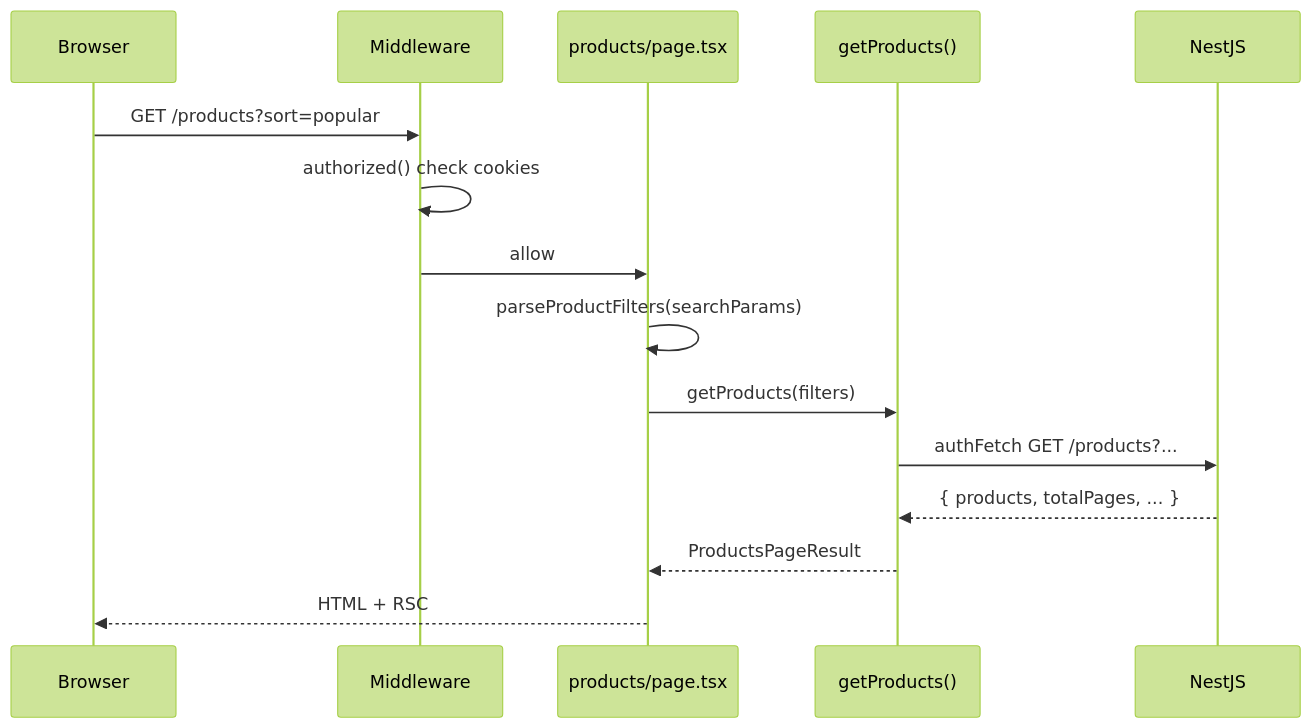
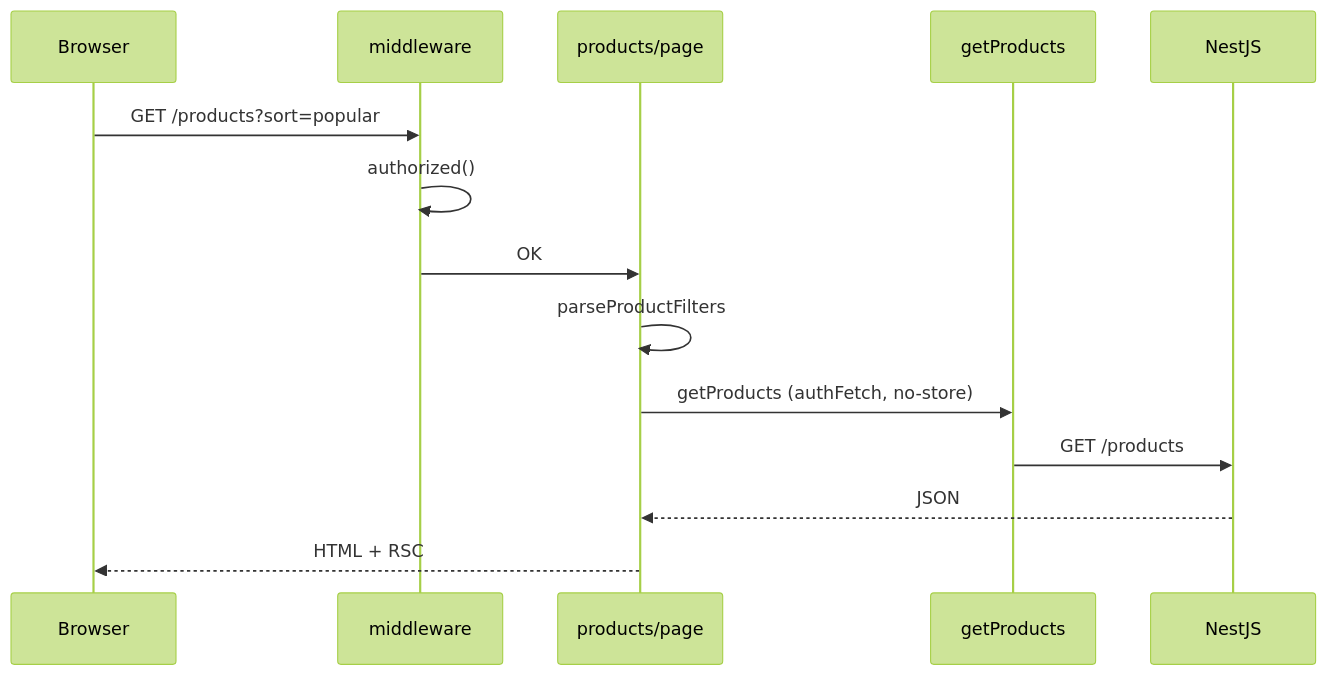
The diagram in NextJS/10. Vi du Nova Shop.md (Tranloi2k/Become-A-Frontend-Developer), drawn with Mermaid (forest theme) before and after one commit. The commit also changed other lines of this file and 34 other files, not shown here.

````diff
--- a/NextJS/10. Vi du Nova Shop.md
+++ b/NextJS/10. Vi du Nova Shop.md
@@ -68,18 +92,17 @@
 ```mermaid
 sequenceDiagram
   participant B as Browser
-  participant MW as Middleware
-  participant P as products/page.tsx
-  participant S as getProducts()
+  participant M as middleware
+  participant P as products/page
+  participant S as getProducts
   participant API as NestJS
 
-  B->>MW: GET /products?sort=popular
-  MW->>MW: authorized() check cookies
-  MW->>P: allow
-  P->>P: parseProductFilters(searchParams)
-  P->>S: getProducts(filters)
-  S->>API: authFetch GET /products?...
-  API-->>S: { products, totalPages, ... }
-  S-->>P: ProductsPageResult
+  B->>M: GET /products?sort=popular
+  M->>M: authorized()
+  M->>P: OK
+  P->>P: parseProductFilters
+  P->>S: getProducts (authFetch, no-store)
+  S->>API: GET /products
+  API-->>P: JSON
   P-->>B: HTML + RSC
 ```
````
